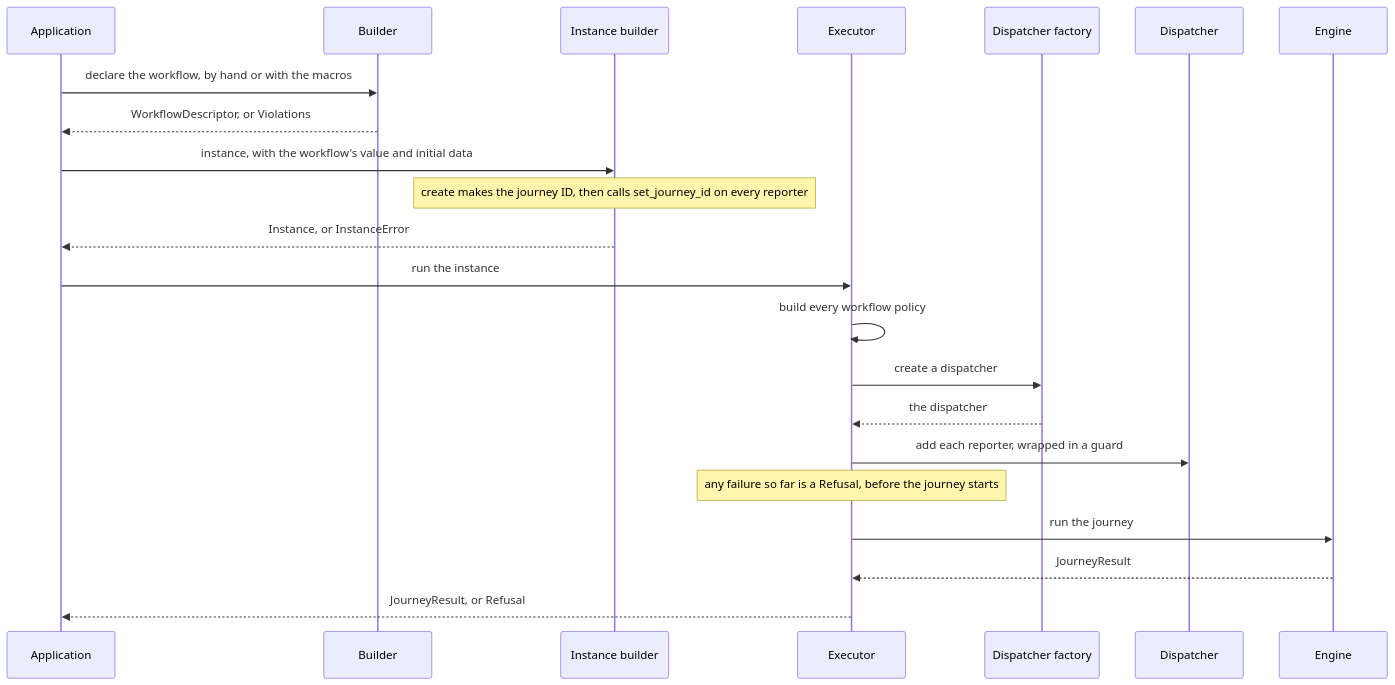
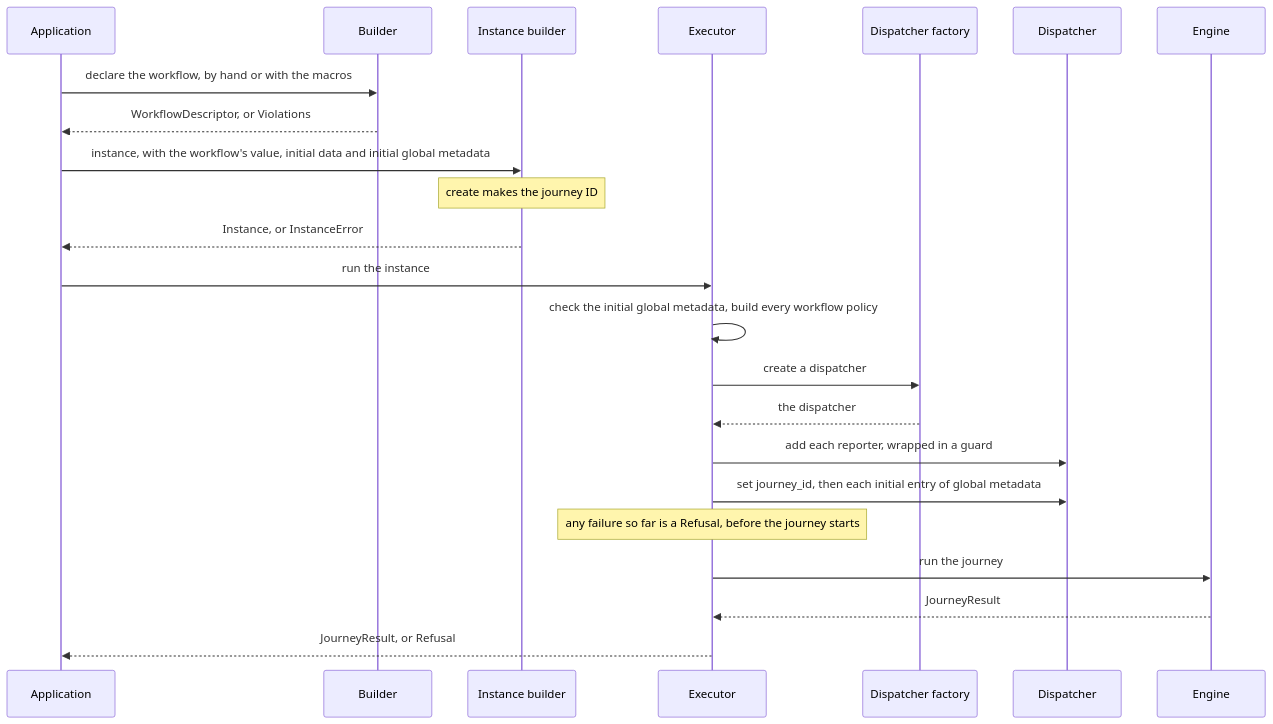
One commit to itinera-dev/itinera-rs changed the fifth of 14 diagrams in docs/architecture.md. Above: the diagram before and after it, drawn with Mermaid. The commit also changed other lines of this file and 99 other files, not shown here.

First line of the commit message:
Implement global metadata (proposal 0102)

````diff
--- a/docs/architecture.md
+++ b/docs/architecture.md
@@ -178,26 +179,27 @@
 ```mermaid
 sequenceDiagram
     accTitle: From a declaration to a journey's result
-    accDescr: The application declares the workflow and build checks it. The application makes an instance, whose creation makes the journey ID and gives it to every reporter. The executor builds the workflow policies, creates a dispatcher and adds the guarded reporters, any of which can refuse the journey. Then the engine runs the journey and the executor returns its result.
+    accDescr: The application declares the workflow and build checks it. The application makes an instance, whose creation makes the journey ID. The executor takes the instance's initial global metadata, builds the workflow policies, creates a dispatcher, adds the guarded reporters, and sets the journey ID and then the initial global metadata through the dispatcher, any of which can refuse the journey. Then the engine runs the journey and the executor returns its result.
     participant App as Application
     participant Builder as Builder
     participant IB as Instance builder
     participant Exec as Executor
     participant Factory as Dispatcher factory
     participant Dispatcher as Dispatcher
     participant Engine as Engine
     App->>Builder: declare the workflow, by hand or with the macros
     Builder-->>App: WorkflowDescriptor, or Violations
-    App->>IB: instance, with the workflow's value and initial data
-    Note over IB: create makes the journey ID, then calls set_journey_id on every reporter
+    App->>IB: instance, with the workflow's value, initial data and initial global metadata
+    Note over IB: create makes the journey ID
     IB-->>App: Instance, or InstanceError
     App->>Exec: run the instance
-    Exec->>Exec: build every workflow policy
+    Exec->>Exec: check the initial global metadata, build every workflow policy
     Exec->>Factory: create a dispatcher
     Factory-->>Exec: the dispatcher
     Exec->>Dispatcher: add each reporter, wrapped in a guard
+    Exec->>Dispatcher: set journey_id, then each initial entry of global metadata
     Note over Exec: any failure so far is a Refusal, before the journey starts
     Exec->>Engine: run the journey
     Engine-->>Exec: JourneyResult
     Exec-->>App: JourneyResult, or Refusal
 ```
````
